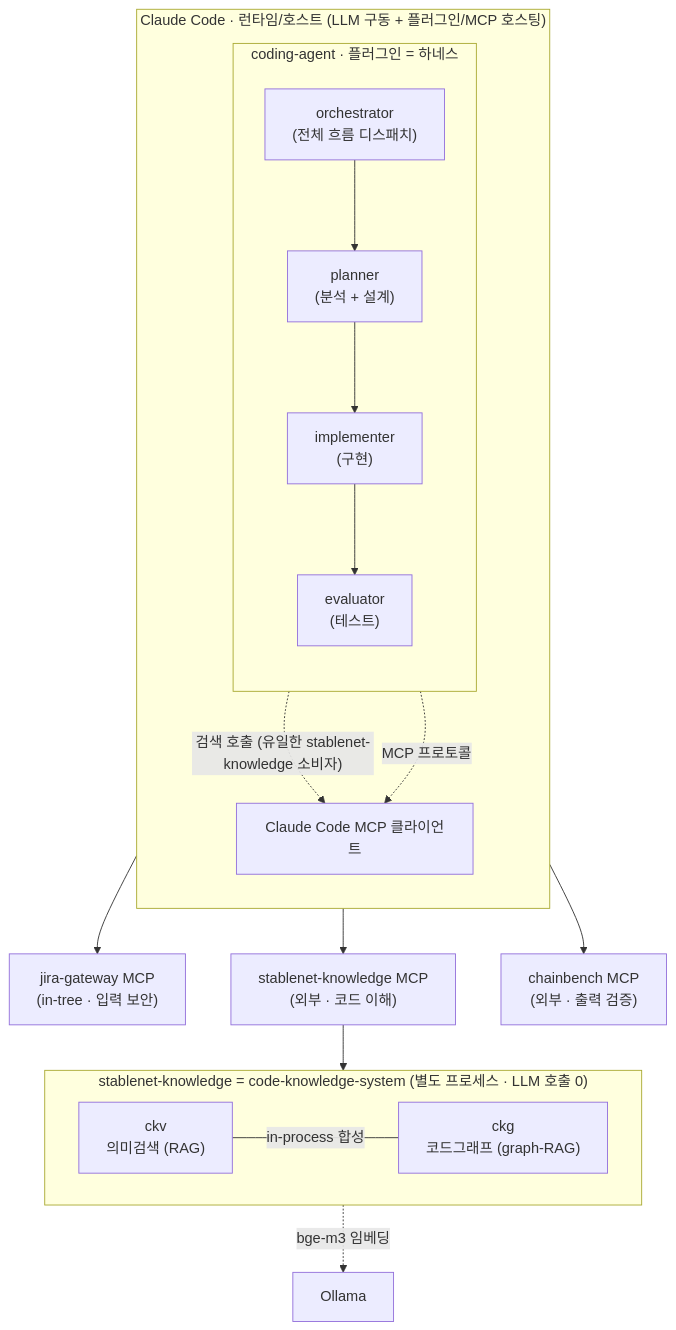
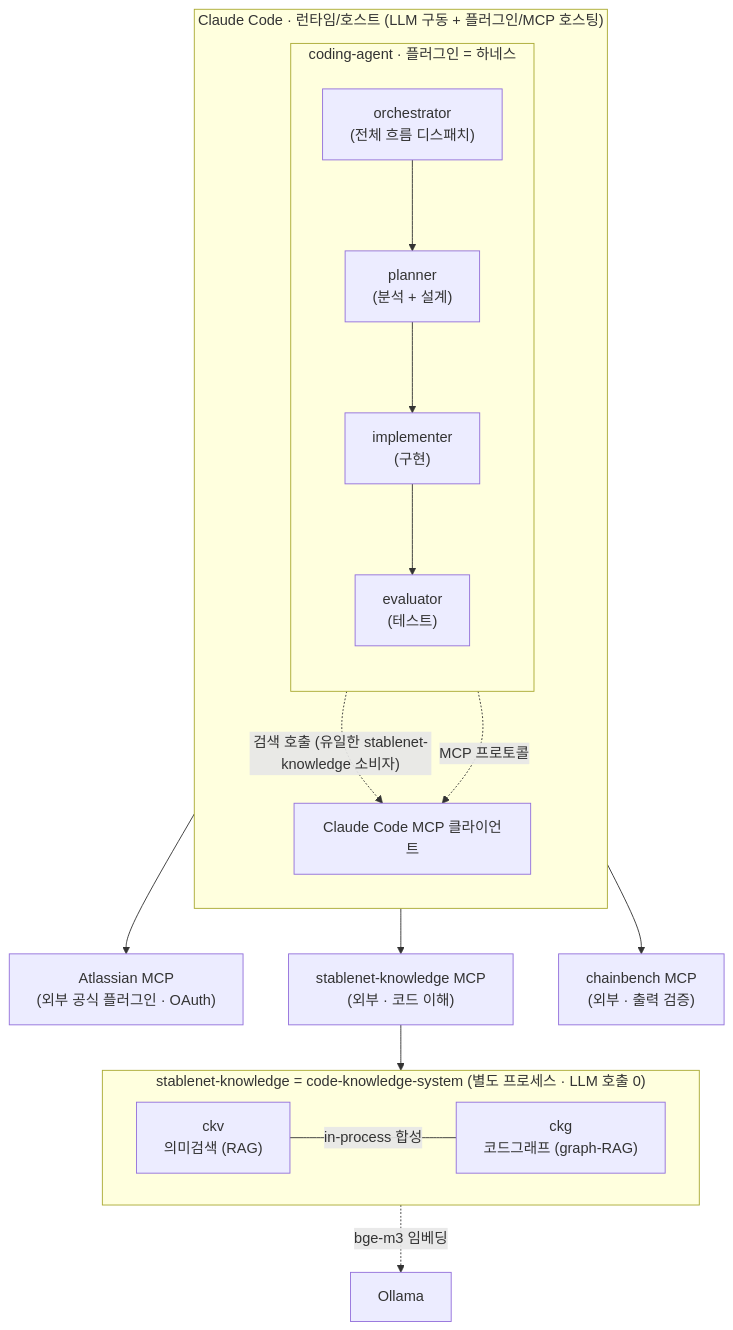
Before and after one commit to stable-net/stablenet-expert: the first of 3 diagrams in docs/OVERVIEW.md, drawn with Mermaid. The commit also changed other lines of this file and 46 other files, not shown here.

First line of the commit message:
Retire jira-gateway, read Jira through the Atlassian MCP (#27)

````diff
--- a/docs/OVERVIEW.md
+++ b/docs/OVERVIEW.md
@@ -64,35 +64,35 @@
 ```mermaid
 flowchart TB
     subgraph CC["Claude Code · 런타임/호스트 (LLM 구동 + 플러그인/MCP 호스팅)"]
         direction TB
         subgraph CA["coding-agent · 플러그인 = 하네스"]
             direction TB
             ORCH["orchestrator<br/>(전체 흐름 디스패치)"]
             PLAN["planner<br/>(분석 + 설계)"]
             IMPL["implementer<br/>(구현)"]
             EVAL["evaluator<br/>(테스트)"]
             ORCH --> PLAN --> IMPL --> EVAL
         end
         MCPC["Claude Code MCP 클라이언트"]
         CA -.->|MCP 프로토콜| MCPC
     end
 
-    JG["jira-gateway MCP<br/>(in-tree · 입력 보안)"]
+    JG["Atlassian MCP<br/>(외부 공식 플러그인 · OAuth)"]
     stablenet-knowledge["stablenet-knowledge MCP<br/>(외부 · 코드 이해)"]
     CB["chainbench MCP<br/>(외부 · 출력 검증)"]
 
     MCPC --> JG
     MCPC --> stablenet-knowledge
     MCPC --> CB
 
     subgraph CKSI["stablenet-knowledge = code-knowledge-system (별도 프로세스 · LLM 호출 0)"]
         direction LR
         CKV["ckv<br/>의미검색 (RAG)"]
         CKG["ckg<br/>코드그래프 (graph-RAG)"]
         CKV ---|in-process 합성| CKG
     end
     stablenet-knowledge --> CKSI
     CKV -.->|bge-m3 임베딩| OLLAMA["Ollama"]
 
     PLAN -.->|"검색 호출 (유일한 stablenet-knowledge 소비자)"| MCPC
 ```
````
